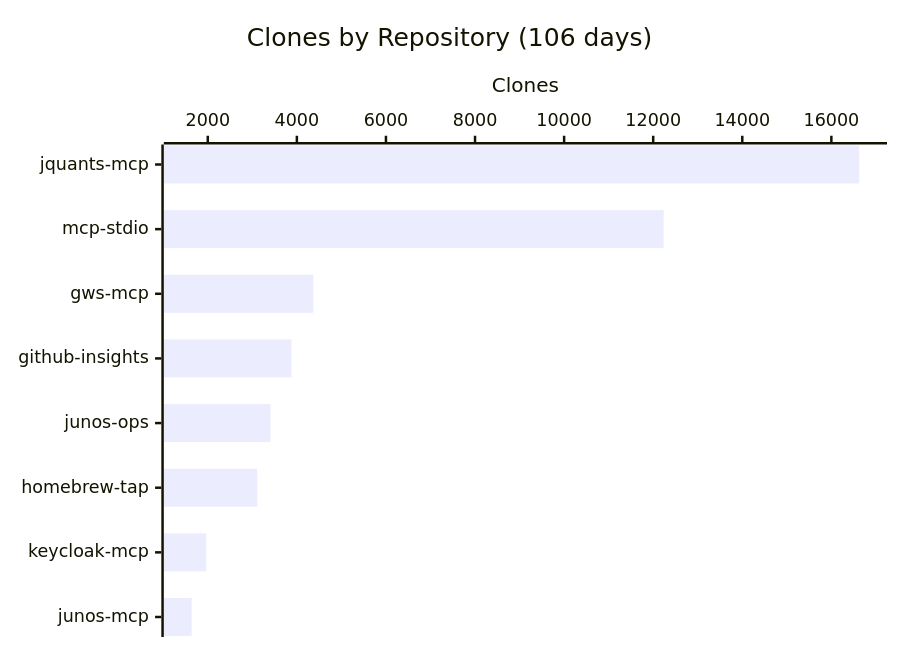
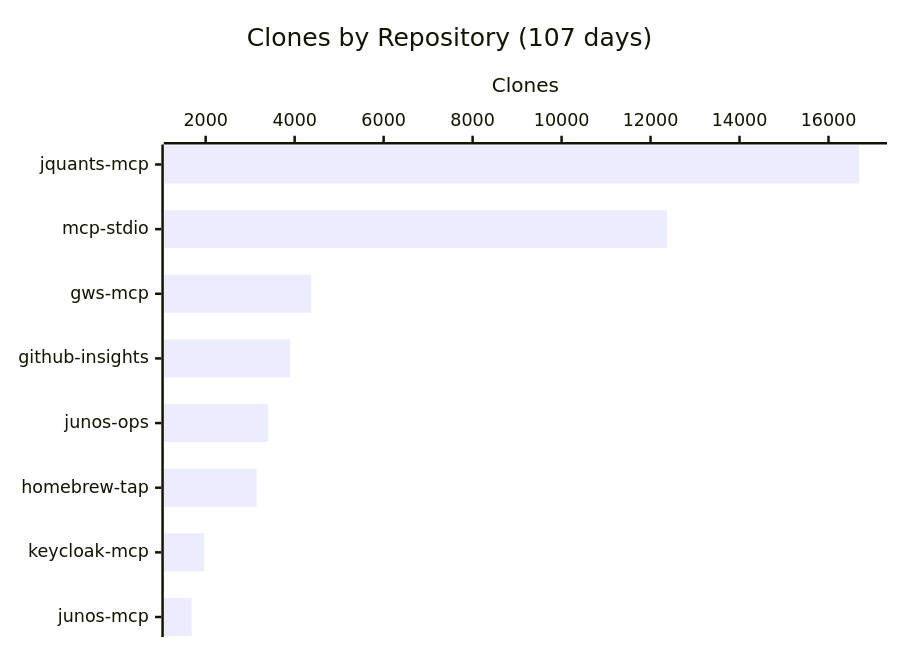
The third of 3 diagrams in README.md (shigechika/github-insights), drawn with Mermaid before and after one commit. The commit also changed other lines of this file and 2 other files, not shown here.

````diff
--- a/README.md
+++ b/README.md
@@ -43,7 +43,7 @@
 ```mermaid
 xychart-beta horizontal
-    title "Clones by Repository (106 days)"
+    title "Clones by Repository (107 days)"
     x-axis ["jquants-mcp", "mcp-stdio", "gws-mcp", "github-insights", "junos-ops", "homebrew-tap", "keycloak-mcp", "junos-mcp"]
     y-axis "Clones"
-    bar [16624, 12234, 4367, 3880, 3407, 3110, 1965, 1638]
+    bar [16689, 12368, 4373, 3902, 3408, 3145, 1971, 1685]
 ```
````
